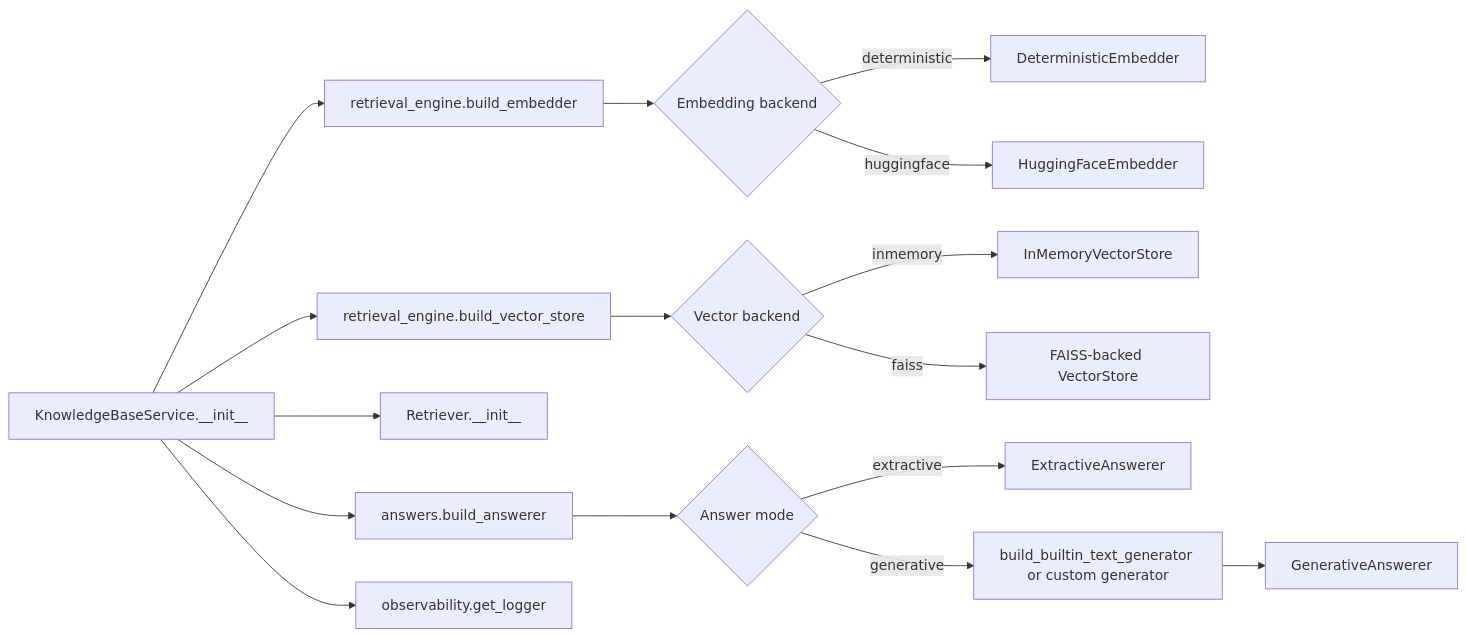
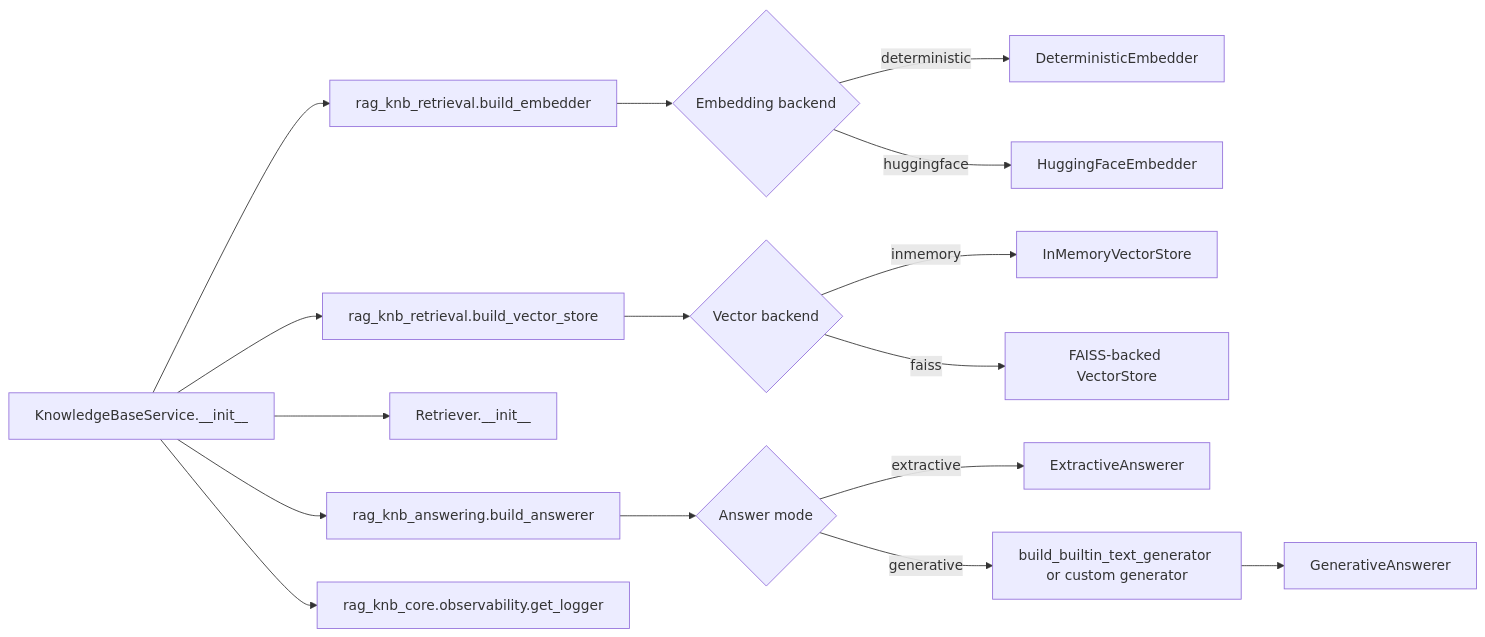
The second of 11 diagrams in 02_rag_knowledge_base/diagrams_call.md (OlyaFilatova/ai_projects), drawn with Mermaid before and after one commit. The commit also changed other lines of this file and 79 other files, not shown here.

````diff
--- a/02_rag_knowledge_base/diagrams_call.md
+++ b/02_rag_knowledge_base/diagrams_call.md
@@ -29,18 +29,18 @@
 ```mermaid
 flowchart LR
-    A[KnowledgeBaseService.__init__] --> B[retrieval_engine.build_embedder]
-    A --> C[retrieval_engine.build_vector_store]
+    A[KnowledgeBaseService.__init__] --> B[rag_knb_retrieval.build_embedder]
+    A --> C[rag_knb_retrieval.build_vector_store]
     A --> D[Retriever.__init__]
-    A --> E[answers.build_answerer]
-    A --> F[observability.get_logger]
+    A --> E[rag_knb_answering.build_answerer]
+    A --> F[rag_knb_core.observability.get_logger]
     B --> G{Embedding backend}
     G -->|deterministic| H[DeterministicEmbedder]
     G -->|huggingface| I[HuggingFaceEmbedder]
     C --> J{Vector backend}
     J -->|inmemory| K[InMemoryVectorStore]
     J -->|faiss| L[FAISS-backed VectorStore]
     E --> M{Answer mode}
     M -->|extractive| N[ExtractiveAnswerer]
     M -->|generative| O[build_builtin_text_generator or custom generator]
     O --> P[GenerativeAnswerer]
 ```
````
